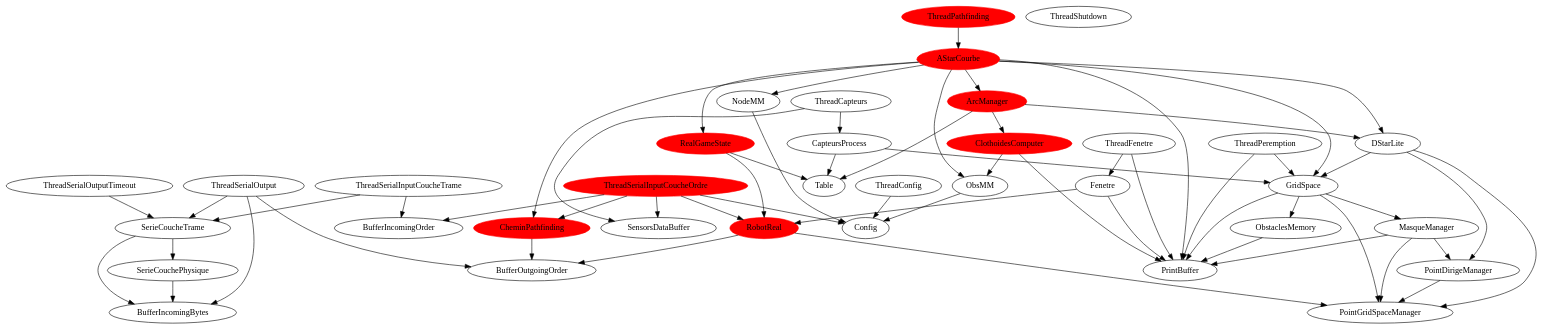
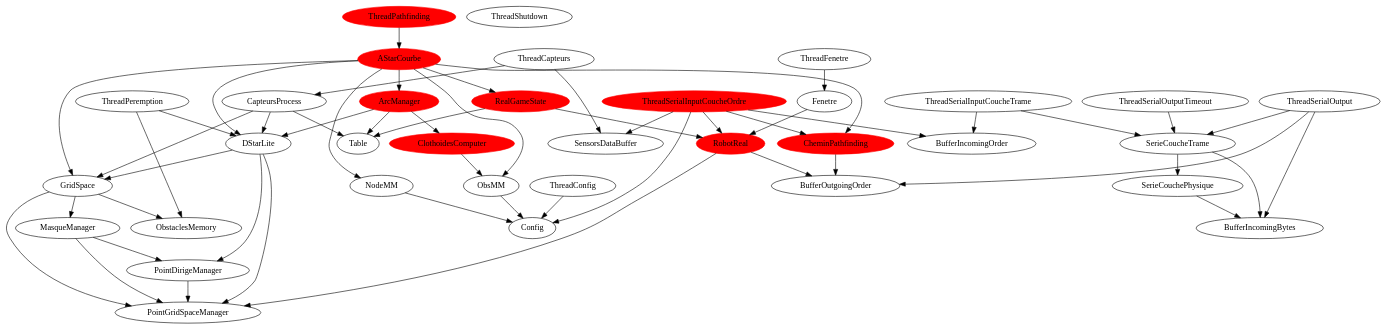
Before and after one commit to INTechSenpai/moon-rover: the diagram in pc/dependances.dot, drawn with Graphviz. The commit also changed 8 other files, not shown here.

```diff
--- a/pc/dependances.dot
+++ b/pc/dependances.dot
@@ -1,161 +1,148 @@
 digraph dependancesJava {
-PrintBuffer;
 ThreadCapteurs;
 SensorsDataBuffer;
 ThreadCapteurs -> SensorsDataBuffer;
 CapteursProcess;
 ThreadCapteurs -> CapteursProcess;
 GridSpace;
 CapteursProcess -> GridSpace;
-PrintBuffer;
-ObstaclesMemory -> PrintBuffer;
 ObstaclesMemory;
 GridSpace -> ObstaclesMemory;
 PointGridSpaceManager;
 GridSpace -> PointGridSpaceManager;
-PrintBuffer;
-GridSpace -> PrintBuffer;
 MasqueManager;
 GridSpace -> MasqueManager;
 PointGridSpaceManager;
 MasqueManager -> PointGridSpaceManager;
 PointDirigeManager;
 MasqueManager -> PointDirigeManager;
 PointGridSpaceManager;
 PointDirigeManager -> PointGridSpaceManager;
-PrintBuffer;
-MasqueManager -> PrintBuffer;
 Table;
 CapteursProcess -> Table;
+DStarLite;
+CapteursProcess -> DStarLite;
+GridSpace;
+DStarLite -> GridSpace;
+PointGridSpaceManager;
+DStarLite -> PointGridSpaceManager;
+PointDirigeManager;
+DStarLite -> PointDirigeManager;
 ThreadConfig;
 Config;
 ThreadConfig -> Config;
 ThreadPathfinding [color=red, style=filled];
 AStarCourbe [color=red, style=filled];
 ThreadPathfinding -> AStarCourbe;
 DStarLite;
 AStarCourbe -> DStarLite;
-GridSpace;
-DStarLite -> GridSpace;
-PointGridSpaceManager;
-DStarLite -> PointGridSpaceManager;
-PointDirigeManager;
-DStarLite -> PointDirigeManager;
 ArcManager [color=red, style=filled];
 AStarCourbe -> ArcManager;
 DStarLite;
 ArcManager -> DStarLite;
 ClothoidesComputer [color=red, style=filled];
 ArcManager -> ClothoidesComputer;
 ObsMM;
 ClothoidesComputer -> ObsMM;
 Config;
 ObsMM -> Config;
-PrintBuffer;
-ClothoidesComputer -> PrintBuffer;
 Table;
 ArcManager -> Table;
 RealGameState [color=red, style=filled];
 AStarCourbe -> RealGameState;
 RobotReal [color=red, style=filled];
 RealGameState -> RobotReal;
 BufferOutgoingOrder;
 RobotReal -> BufferOutgoingOrder;
 PointGridSpaceManager;
 RobotReal -> PointGridSpaceManager;
 Table;
 RealGameState -> Table;
 CheminPathfinding [color=red, style=filled];
 AStarCourbe -> CheminPathfinding;
 BufferOutgoingOrder;
 CheminPathfinding -> BufferOutgoingOrder;
 NodeMM;
 AStarCourbe -> NodeMM;
 Config;
 NodeMM -> Config;
 GridSpace;
 AStarCourbe -> GridSpace;
 ObsMM;
 AStarCourbe -> ObsMM;
-PrintBuffer;
-AStarCourbe -> PrintBuffer;
 ThreadPeremption;
-GridSpace;
-ThreadPeremption -> GridSpace;
-PrintBuffer;
-ThreadPeremption -> PrintBuffer;
+ObstaclesMemory;
+ThreadPeremption -> ObstaclesMemory;
+DStarLite;
+ThreadPeremption -> DStarLite;
 ThreadFenetre;
 Fenetre;
 ThreadFenetre -> Fenetre;
 RobotReal [color=red, style=filled];
 Fenetre -> RobotReal;
-PrintBuffer;
-Fenetre -> PrintBuffer;
-PrintBuffer;
-ThreadFenetre -> PrintBuffer;
 ThreadSerialInputCoucheOrdre [color=red, style=filled];
 Config;
 ThreadSerialInputCoucheOrdre -> Config;
 BufferIncomingOrder;
 ThreadSerialInputCoucheOrdre -> BufferIncomingOrder;
 SensorsDataBuffer;
 ThreadSerialInputCoucheOrdre -> SensorsDataBuffer;
 RobotReal [color=red, style=filled];
 ThreadSerialInputCoucheOrdre -> RobotReal;
 CheminPathfinding [color=red, style=filled];
 ThreadSerialInputCoucheOrdre -> CheminPathfinding;
 ThreadSerialInputCoucheTrame;
 SerieCoucheTrame;
 ThreadSerialInputCoucheTrame -> SerieCoucheTrame;
 SerieCouchePhysique;
 SerieCoucheTrame -> SerieCouchePhysique;
 BufferIncomingBytes;
 SerieCouchePhysique -> BufferIncomingBytes;
 BufferIncomingBytes;
 SerieCoucheTrame -> BufferIncomingBytes;
 BufferIncomingOrder;
 ThreadSerialInputCoucheTrame -> BufferIncomingOrder;
 ThreadSerialOutput;
 SerieCoucheTrame;
 ThreadSerialOutput -> SerieCoucheTrame;
 BufferOutgoingOrder;
 ThreadSerialOutput -> BufferOutgoingOrder;
 BufferIncomingBytes;
 ThreadSerialOutput -> BufferIncomingBytes;
 ThreadSerialOutputTimeout;
 SerieCoucheTrame;
 ThreadSerialOutputTimeout -> SerieCoucheTrame;
 ThreadShutdown;
 Config;
-Table;
-AStarCourbe [color=red, style=filled];
+Config;
+Config;
 Fenetre;
 ThreadShutdown;
 ThreadCapteurs;
 ThreadConfig;
 ThreadPathfinding [color=red, style=filled];
 ThreadPeremption;
 ThreadFenetre;
 ThreadSerialInputCoucheOrdre [color=red, style=filled];
 ThreadSerialInputCoucheTrame;
 ThreadSerialOutput;
 ThreadSerialOutputTimeout;
 ThreadCapteurs;
 ThreadCapteurs;
 ThreadConfig;
 ThreadConfig;
 ThreadPathfinding [color=red, style=filled];
 ThreadPathfinding [color=red, style=filled];
 ThreadPeremption;
 ThreadPeremption;
 ThreadFenetre;
 ThreadFenetre;
 ThreadSerialInputCoucheOrdre [color=red, style=filled];
 ThreadSerialInputCoucheOrdre [color=red, style=filled];
 ThreadSerialInputCoucheTrame;
 ThreadSerialInputCoucheTrame;
 ThreadSerialOutput;
 ThreadSerialOutput;
 ThreadSerialOutputTimeout;
 ThreadSerialOutputTimeout;
 }
```
